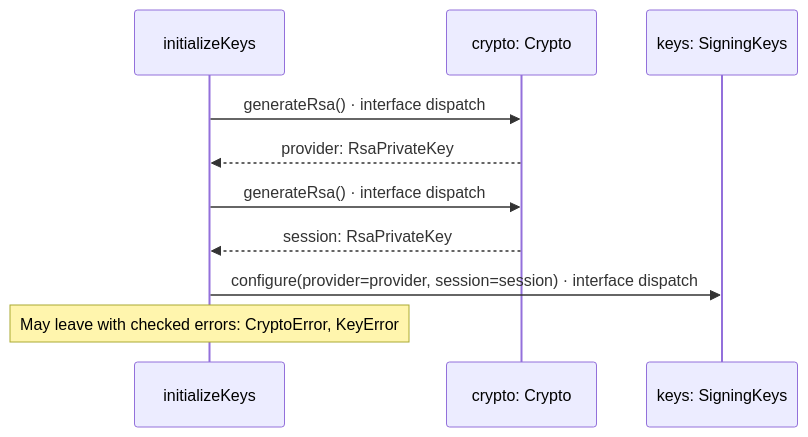
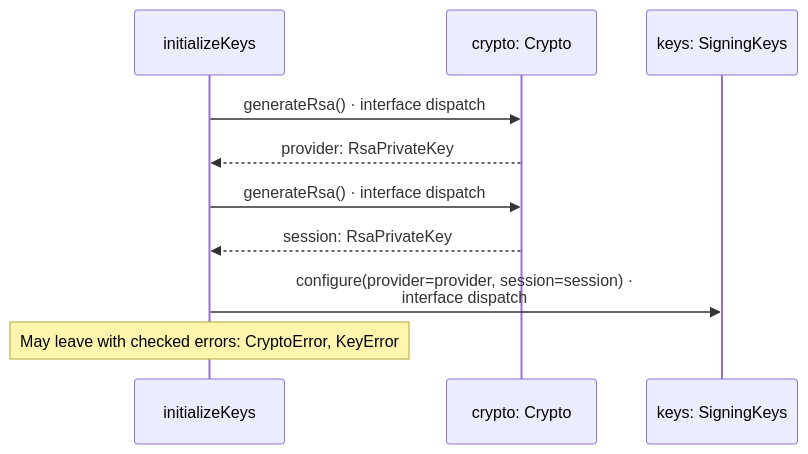
Before and after one commit to GreenPandaStudios/augscript: the seventh of 7 diagrams in docs/examples/oidc-login/common/keys-diagrams.md, drawn with Mermaid. The commit also changed other lines of this file and 200 other files, not shown here.

Commit message:
Group imported operations and wrap readable sequence messages

````diff
--- a/docs/examples/oidc-login/common/keys-diagrams.md
+++ b/docs/examples/oidc-login/common/keys-diagrams.md
@@ -190,12 +190,12 @@
 ```mermaid
 sequenceDiagram
     participant p0 as initializeKeys
     participant p1 as crypto: Crypto
     participant p2 as keys: SigningKeys
     p0->>p1: generateRsa() · interface dispatch
     p1-->>p0: provider: RsaPrivateKey
     p0->>p1: generateRsa() · interface dispatch
     p1-->>p0: session: RsaPrivateKey
-    p0->>p2: configure(provider=provider, session=session) · interface dispatch
+    p0->>p2: configure(provider=provider, session=session) ·<br/>interface dispatch
     Note over p0: May leave with checked errors: CryptoError, KeyError
 ```
````
